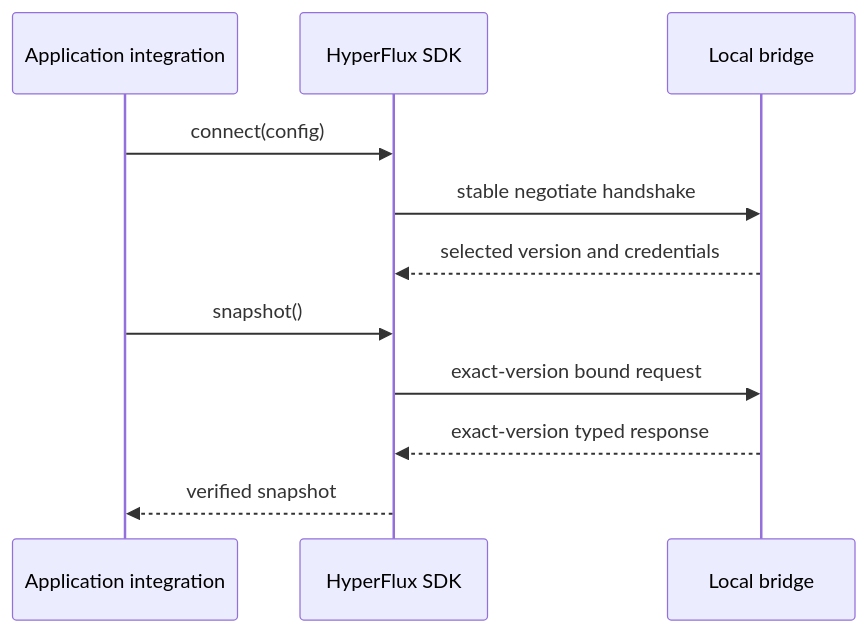
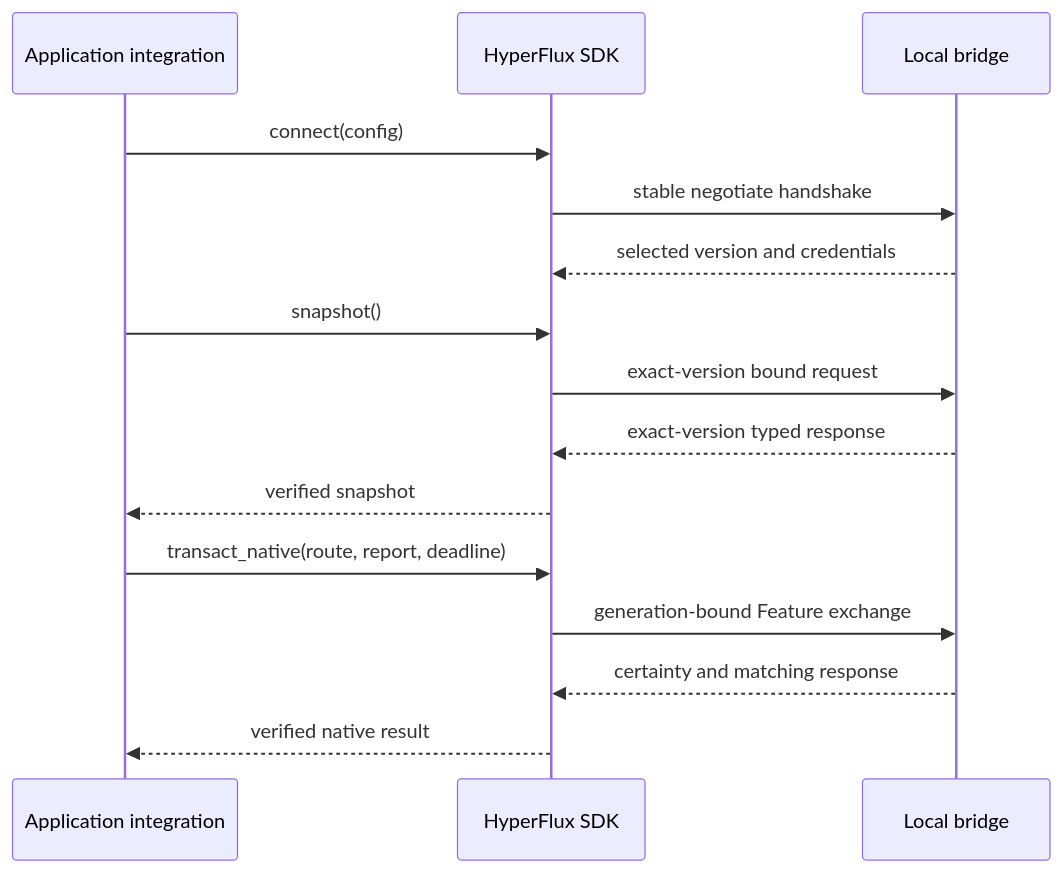
One commit to offalexjackson777-stack/hyperflux-next changed the diagram in docs/architecture/sdk.md. Above: the diagram before and after it, drawn with Mermaid. The commit also changed other lines of this file and 95 other files, not shown here.

Commit message:
feat: complete declarative native route integration

````diff
--- a/docs/architecture/sdk.md
+++ b/docs/architecture/sdk.md
@@ -27,13 +44,17 @@
 ```mermaid
 sequenceDiagram
     participant App as Application integration
     participant SDK as HyperFlux SDK
     participant Bridge as Local bridge
     App->>SDK: connect(config)
     SDK->>Bridge: stable negotiate handshake
     Bridge-->>SDK: selected version and credentials
     App->>SDK: snapshot()
     SDK->>Bridge: exact-version bound request
     Bridge-->>SDK: exact-version typed response
     SDK-->>App: verified snapshot
+    App->>SDK: transact_native(route, report, deadline)
+    SDK->>Bridge: generation-bound Feature exchange
+    Bridge-->>SDK: certainty and matching response
+    SDK-->>App: verified native result
 ```
````
